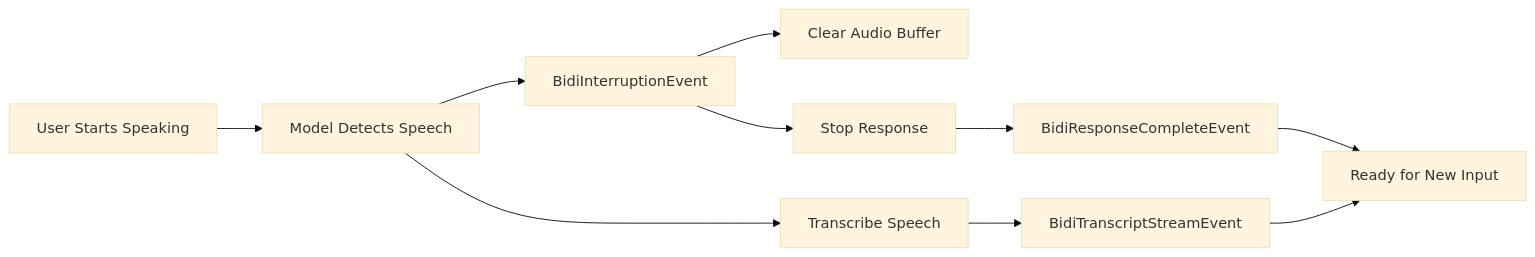
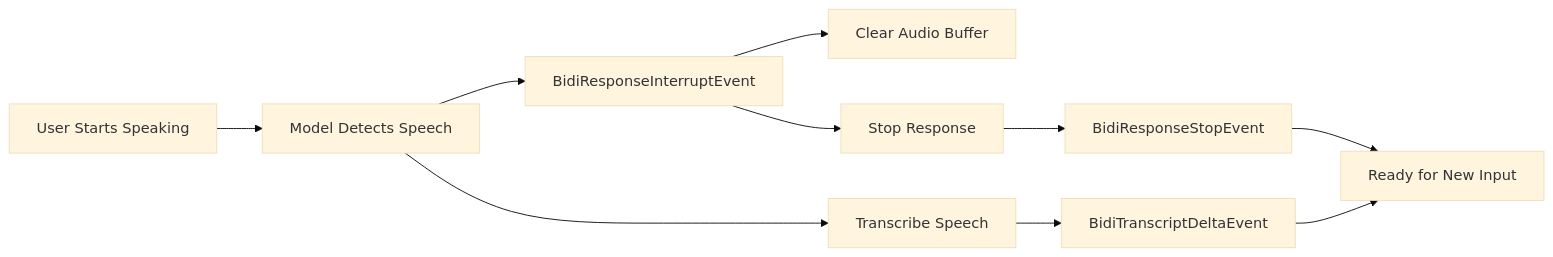
Before and after one commit to strands-agents/harness-sdk: the diagram in site/src/content/docs/user-guide/concepts/bidirectional-streaming/interruption.mdx, drawn with Mermaid (base theme). The commit also changed other lines of this file and 43 other files, not shown here.

Commit message:
fix(bidi): align response boundaries and transcript history

````diff
--- a/site/src/content/docs/user-guide/concepts/bidirectional-streaming/interruption.mdx
+++ b/site/src/content/docs/user-guide/concepts/bidirectional-streaming/interruption.mdx
@@ -18,12 +18,12 @@
 ```mermaid
 flowchart LR
     A[User Starts Speaking] --> B[Model Detects Speech]
-    B --> C[BidiInterruptionEvent]
+    B --> C[BidiResponseInterruptEvent]
     C --> D[Clear Audio Buffer]
     C --> E[Stop Response]
-    E --> F[BidiResponseCompleteEvent]
+    E --> F[BidiResponseStopEvent]
     B --> G[Transcribe Speech]
-    G --> H[BidiTranscriptStreamEvent]
+    G --> H[BidiTranscriptDeltaEvent]
     F --> I[Ready for New Input]
     H --> I
 ```
````
